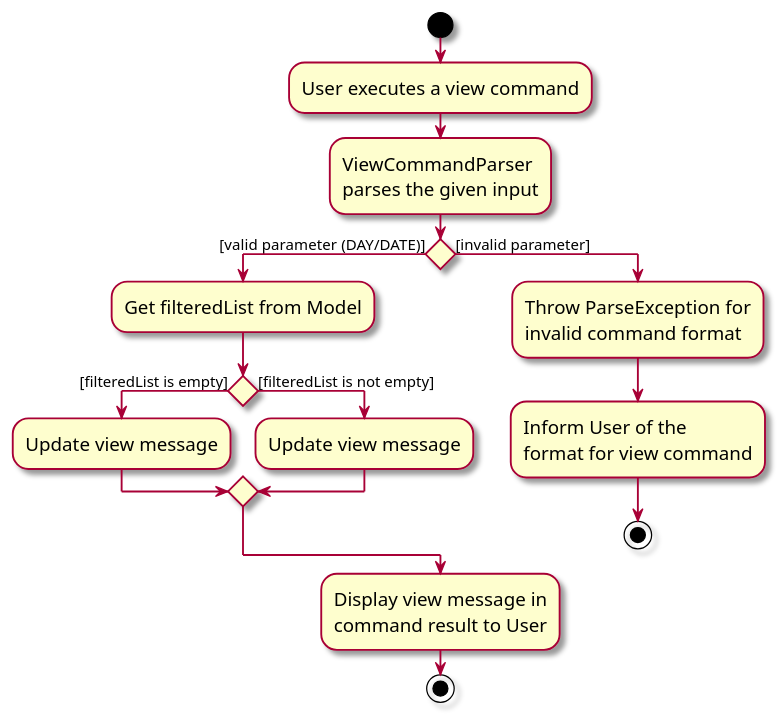
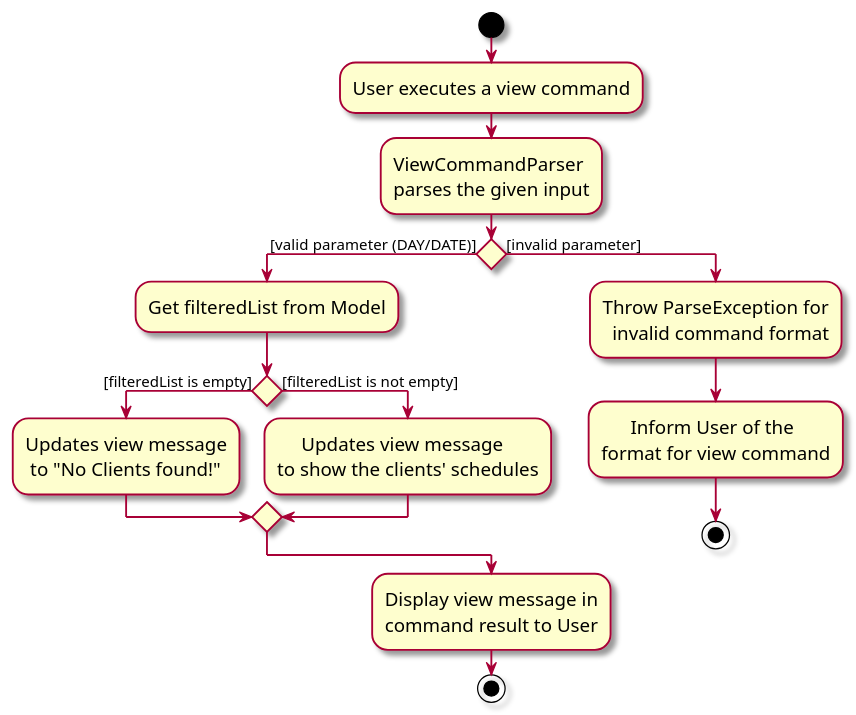
Before and after one commit to AY2425S2-CS2103T-T13-1/tp: the diagram in docs/diagrams/ViewCommandActivityDiagram.puml, drawn with PlantUML. The commit also changed 2 other files, not shown here.

Commit message:
Update View UML diagram

```diff
--- a/docs/diagrams/ViewCommandActivityDiagram.puml
+++ b/docs/diagrams/ViewCommandActivityDiagram.puml
@@ -1,32 +1,34 @@
 @startuml
 skin rose
 skinparam ActivityFontSize 15
 skinparam ArrowFontSize 12
 start
 :User executes a view command;
 :ViewCommandParser
 parses the given input;
 
 'Since the beta syntax does not support placing the condition outside the
 'diamond we place it as the true branch instead.
 
 if () then ([valid parameter (DAY/DATE)])
     :Get filteredList from Model;
     if () then ([filteredList is empty])
-        :Update view message;
+        :Updates view message
+         to "No Clients found!";
     else ([filteredList is not empty])
-        :Update view message;
+        :     Updates view message
+        to show the clients' schedules;
     endif
 else ([invalid parameter])
     :Throw ParseException for
-    invalid command format;
-    :Inform User of the
+      invalid command format;
+    :      Inform User of the
     format for view command;
     stop
 endif
 
 :Display view message in
 command result to User;
 
 stop
 @enduml
```
